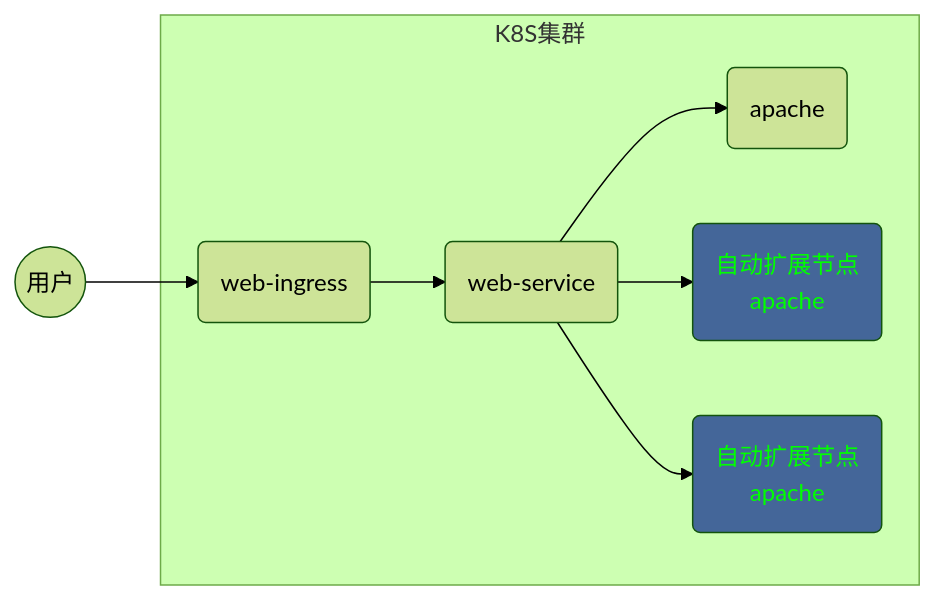
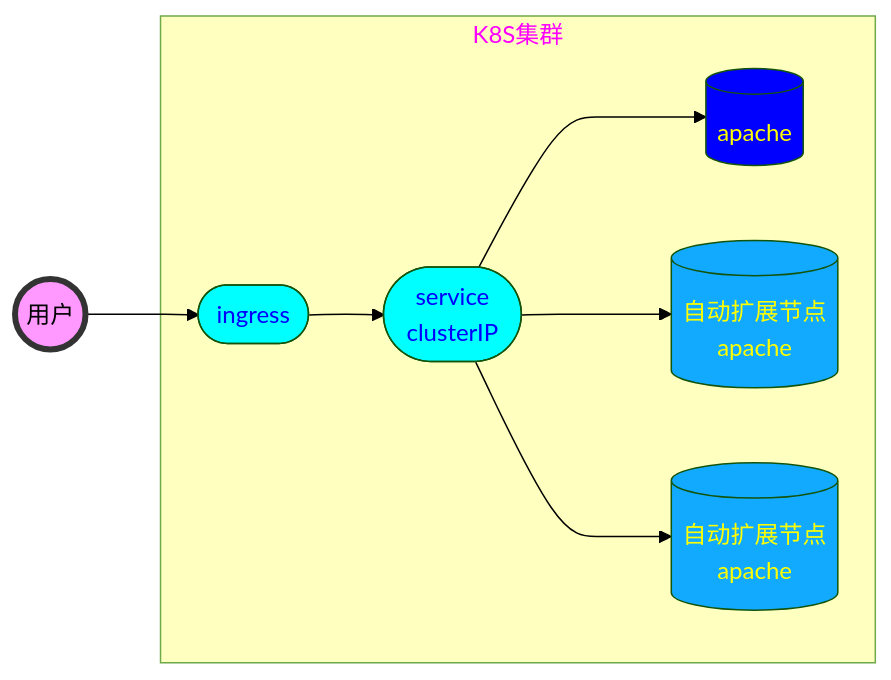
Before and after one commit to byy1679/cloud: the first of 2 diagrams in CLOUD/10/K8S-05.md, drawn with Mermaid (forest theme). The commit also changed other lines of this file and 6 other files, not shown here.

````diff
--- a/CLOUD/10/K8S-05.md
+++ b/CLOUD/10/K8S-05.md
@@ -278,13 +278,15 @@
 ```mermaid
 graph LR
-U((用户))
+U((用户)) --> I1
   subgraph K8S集群
-     I1(web-ingress) --> S1(web-service)
-     S1 --> POD1(apache)
-     S1 --> POD2(自动扩展节点<br>apache)
-     S1 --> POD3(自动扩展节点<br>apache)
-     style POD2 color:#00ff00,fill:#446699
-     style POD3 color:#00ff00,fill:#446699
+     I1([ingress]) --> S1([service<br>clusterIP]) ---> POD1[(apache)] & POD2[(自动扩展节点<br>apache)] & POD3[(自动扩展节点<br>apache)]
   end
-U --> I1
+style POD1 color:#ffff00,fill:#0000ff
+style U fill:#f9f,stroke:#333,stroke-width:4px;
+classDef Kubernetes fill:#ffffc0,color:#ff00ff
+class K8S集群 Kubernetes
+classDef SER fill:#00ffff,color:#0000ff
+class I1,S1 SER
+classDef WEB color:#ffff00,fill:#11aaff
+class POD2,POD3 WEB
 ```
````
